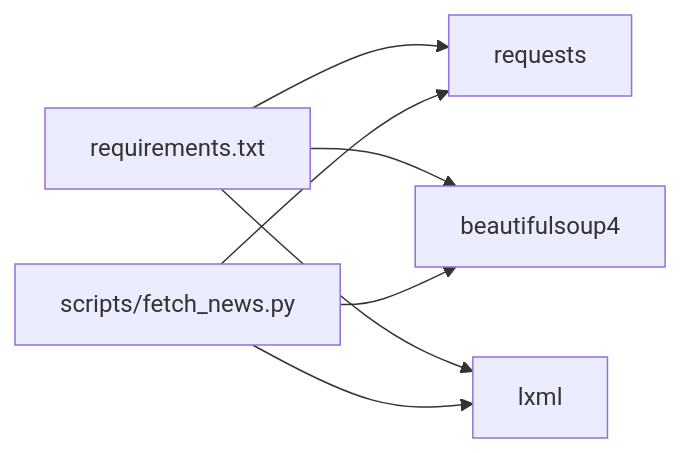
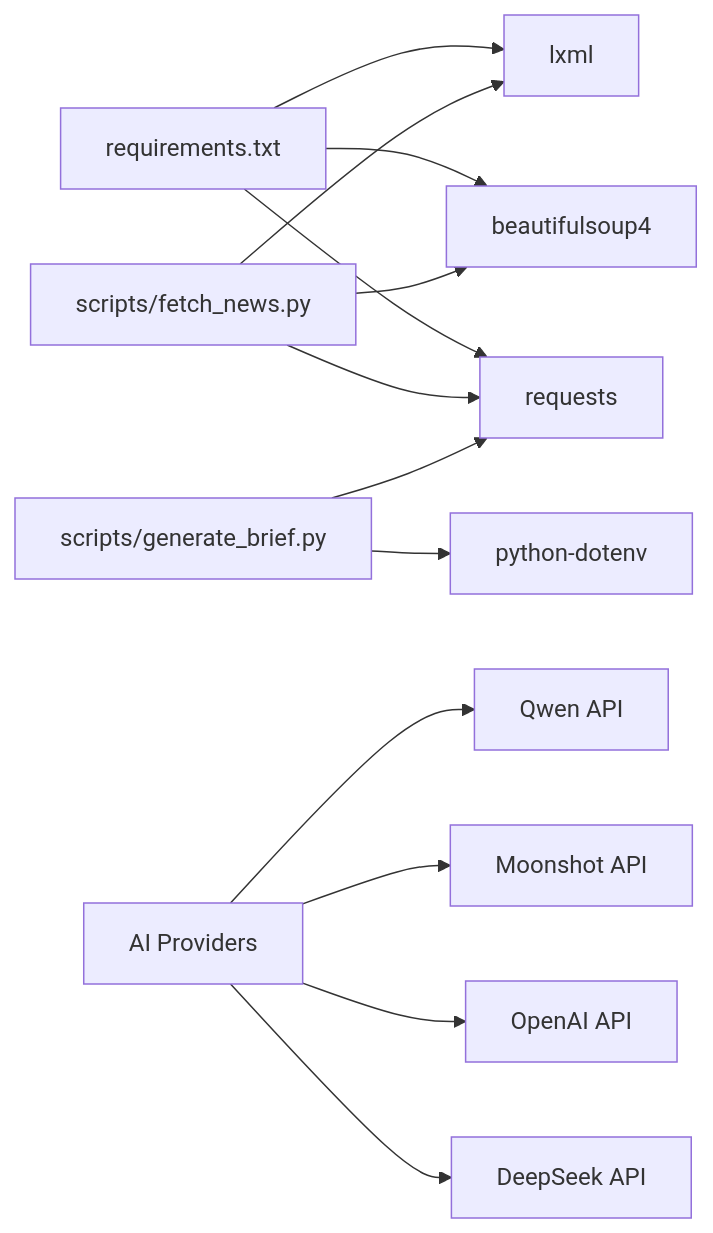
The third of 4 diagrams in .qoder/repowiki/en/content/Data Management.md (junxie01/daily_news), drawn with Mermaid before and after one commit. The commit also changed other lines of this file and 3 other files, not shown here.

````diff
--- a/.qoder/repowiki/en/content/Data Management.md
+++ b/.qoder/repowiki/en/content/Data Management.md
@@ -283,9 +392,15 @@
 ```mermaid
 graph LR
 A["requirements.txt"] --> B["requests"]
 A --> C["beautifulsoup4"]
 A --> D["lxml"]
 E["scripts/fetch_news.py"] --> B
 E --> C
 E --> D
+F["scripts/generate_brief.py"] --> B
+F --> G["python-dotenv"]
+H["AI Providers"] --> I["DeepSeek API"]
+H --> J["OpenAI API"]
+H --> K["Moonshot API"]
+H --> L["Qwen API"]
 ```
````
